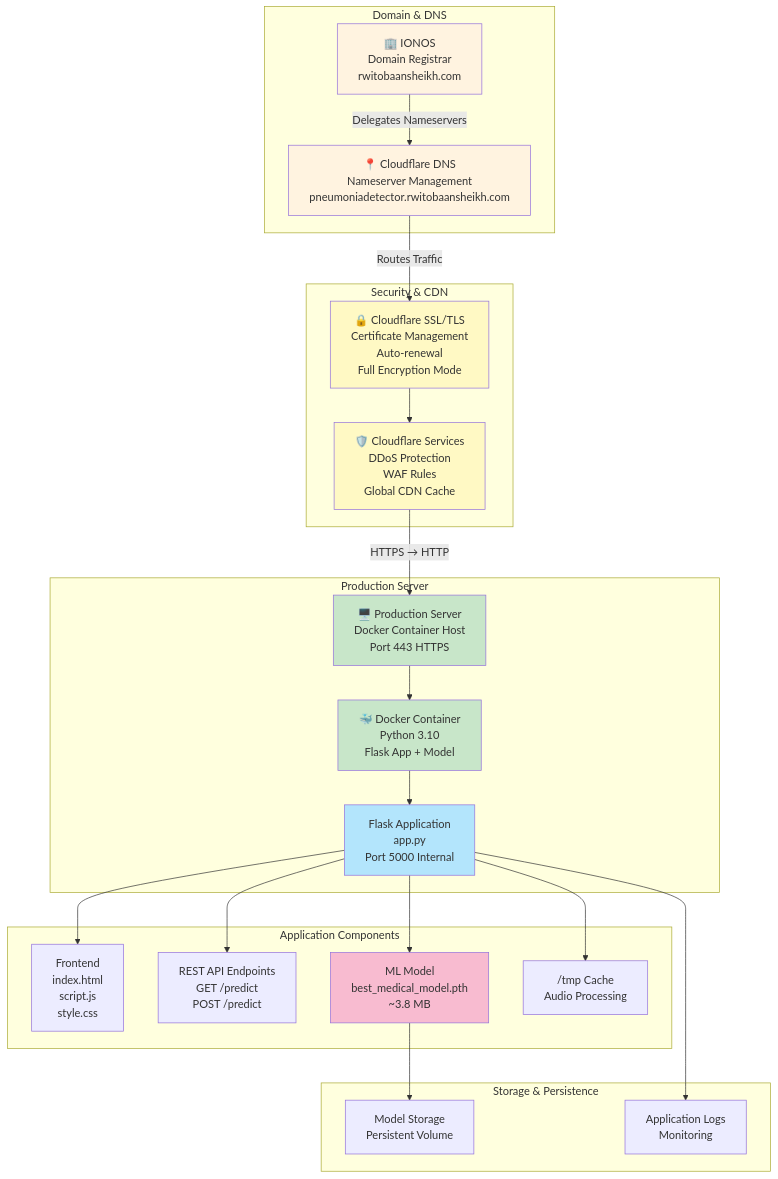
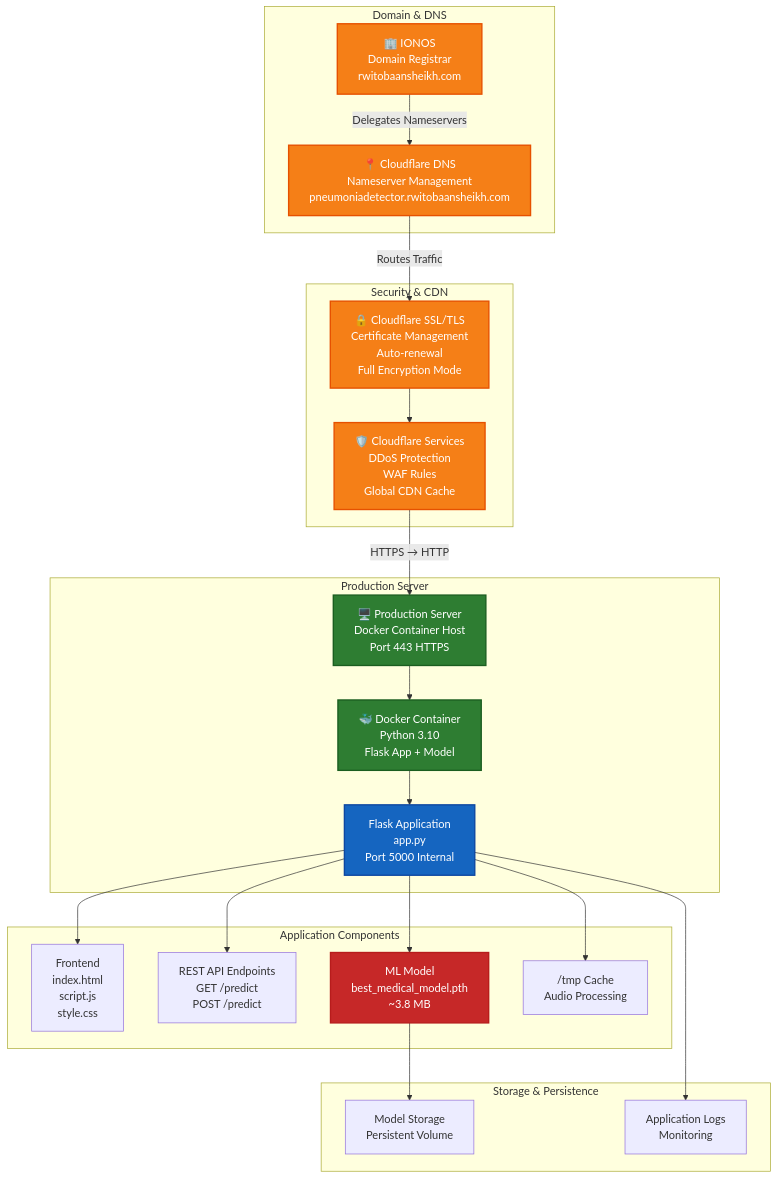
The fourth of 7 diagrams in ARCHITECTURE.md (rwitobaansheikh/Pnumonia_Detector), drawn with Mermaid before and after one commit. The commit also changed other lines of this file and 3 other files, not shown here.

````diff
--- a/ARCHITECTURE.md
+++ b/ARCHITECTURE.md
@@ -204,55 +204,55 @@
 ```mermaid
 graph TB
     subgraph "Domain & DNS"
         IONOS["🏢 IONOS<br/>Domain Registrar<br/>rwitobaansheikh.com"]
         CF_DNS["📍 Cloudflare DNS<br/>Nameserver Management<br/>pneumoniadetector.rwitobaansheikh.com"]
     end
     
     subgraph "Security & CDN"
         CF_SSL["🔒 Cloudflare SSL/TLS<br/>Certificate Management<br/>Auto-renewal<br/>Full Encryption Mode"]
         CF_DDoS["🛡️ Cloudflare Services<br/>DDoS Protection<br/>WAF Rules<br/>Global CDN Cache"]
     end
     
     subgraph "Production Server"
         Server["🖥️ Production Server<br/>Docker Container Host<br/>Port 443 HTTPS"]
         Docker["🐳 Docker Container<br/>Python 3.10<br/>Flask App + Model"]
         App["Flask Application<br/>app.py<br/>Port 5000 Internal"]
     end
     
     subgraph "Application Components"
         WebUI["Frontend<br/>index.html<br/>script.js<br/>style.css"]
         API["REST API Endpoints<br/>GET /predict<br/>POST /predict"]
         Model["ML Model<br/>best_medical_model.pth<br/>~3.8 MB"]
         Cache["/tmp Cache<br/>Audio Processing"]
     end
     
     subgraph "Storage & Persistence"
         ModelStore["Model Storage<br/>Persistent Volume"]
         Logs["Application Logs<br/>Monitoring"]
     end
     
     IONOS -->|Delegates Nameservers| CF_DNS
     CF_DNS -->|Routes Traffic| CF_SSL
     CF_SSL --> CF_DDoS
     CF_DDoS -->|HTTPS → HTTP| Server
     
     Server --> Docker
     Docker --> App
     
     App --> WebUI
     App --> API
     App --> Model
     App --> Cache
     
     Model --> ModelStore
     App --> Logs
     
-    style IONOS fill:#fff3e0
-    style CF_DNS fill:#fff3e0
-    style CF_SSL fill:#fff9c4
-    style CF_DDoS fill:#fff9c4
-    style Server fill:#c8e6c9
-    style Docker fill:#c8e6c9
-    style App fill:#b3e5fc
-    style Model fill:#f8bbd0
+    style IONOS fill:#f57f17,color:#fff,stroke:#e65100,stroke-width:2px
+    style CF_DNS fill:#f57f17,color:#fff,stroke:#e65100,stroke-width:2px
+    style CF_SSL fill:#f57f17,color:#fff,stroke:#e65100,stroke-width:2px
+    style CF_DDoS fill:#f57f17,color:#fff,stroke:#e65100,stroke-width:2px
+    style Server fill:#2e7d32,color:#fff,stroke:#1b5e20,stroke-width:2px
+    style Docker fill:#2e7d32,color:#fff,stroke:#1b5e20,stroke-width:2px
+    style App fill:#1565c0,color:#fff,stroke:#0d47a1,stroke-width:2px
+    style Model fill:#c62828,color:#fff,stroke:#b71c1c,stroke-width:2px
 ```
````
